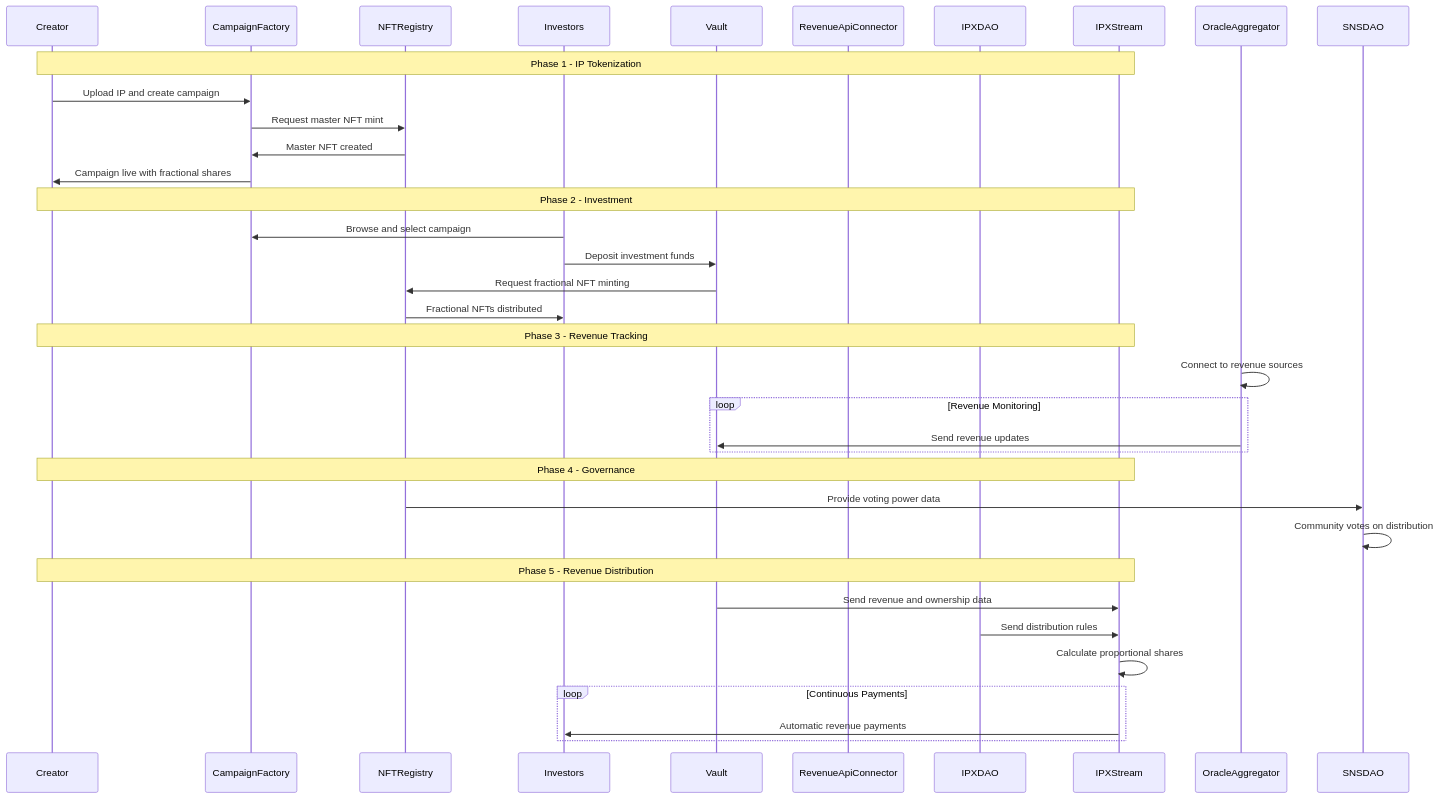
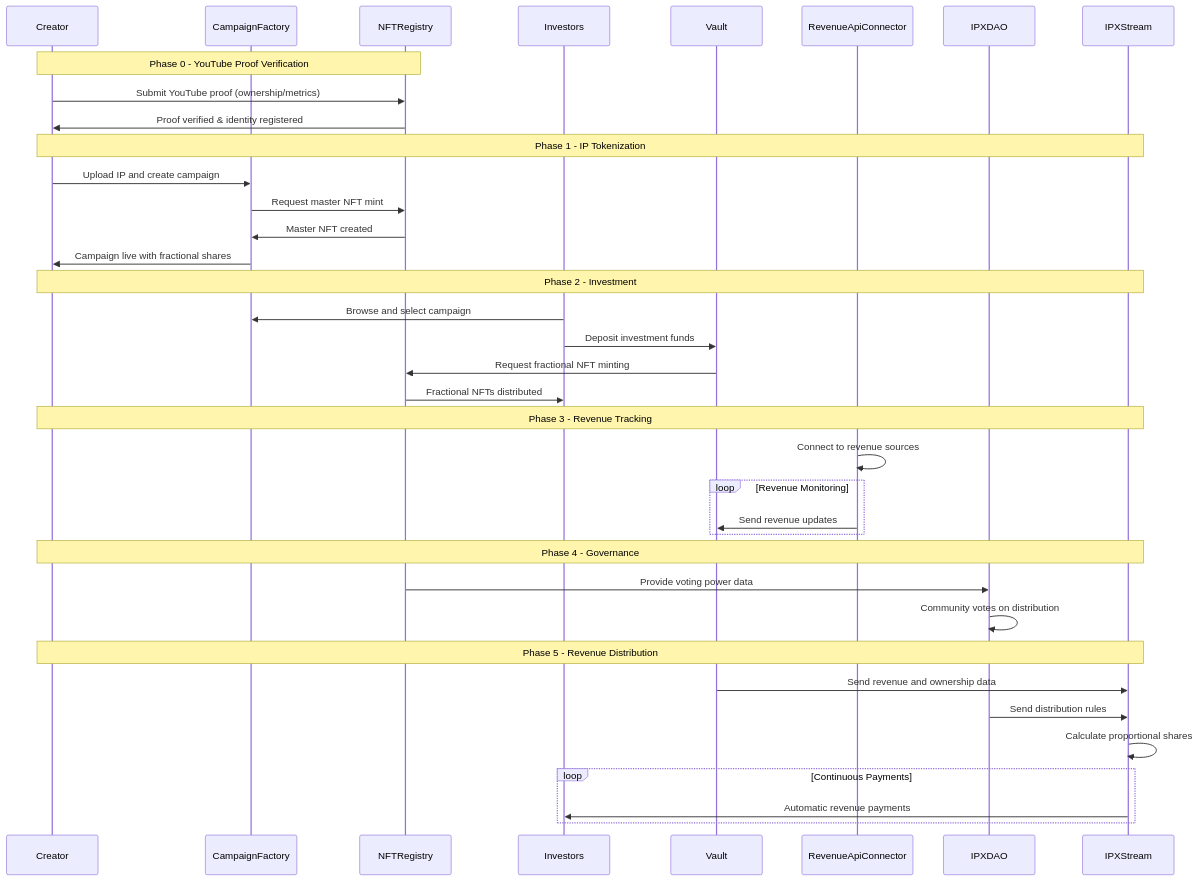
Before and after one commit to Smitbafna/IPX: the second of 2 diagrams in README.md, drawn with Mermaid. The commit also changed other lines of this file and 82 other files, not shown here.

````diff
--- a/README.md
+++ b/README.md
@@ -46,41 +61,45 @@
 ```mermaid
 sequenceDiagram
     participant Creator
     participant CampaignFactory
     participant NFTRegistry
     participant Investors
     participant Vault
     participant RevenueApiConnector
     participant IPXDAO
     participant IPXStream
     
+    Note over Creator,NFTRegistry: Phase 0 - YouTube Proof Verification
+    Creator->>NFTRegistry: Submit YouTube proof (ownership/metrics)
+    NFTRegistry->>Creator: Proof verified & identity registered
+
     Note over Creator,IPXStream: Phase 1 - IP Tokenization
     Creator->>CampaignFactory: Upload IP and create campaign
     CampaignFactory->>NFTRegistry: Request master NFT mint
     NFTRegistry->>CampaignFactory: Master NFT created
     CampaignFactory->>Creator: Campaign live with fractional shares
     
     Note over Creator,IPXStream: Phase 2 - Investment
     Investors->>CampaignFactory: Browse and select campaign
     Investors->>Vault: Deposit investment funds
     Vault->>NFTRegistry: Request fractional NFT minting
     NFTRegistry->>Investors: Fractional NFTs distributed
     
     Note over Creator,IPXStream: Phase 3 - Revenue Tracking
-    OracleAggregator->>OracleAggregator: Connect to revenue sources
+    RevenueApiConnector->>RevenueApiConnector: Connect to revenue sources
     loop Revenue Monitoring
-        OracleAggregator->>Vault: Send revenue updates
+        RevenueApiConnector->>Vault: Send revenue updates
     end
     
     Note over Creator,IPXStream: Phase 4 - Governance
-    NFTRegistry->>SNSDAO: Provide voting power data
-    SNSDAO->>SNSDAO: Community votes on distribution
+    NFTRegistry->>IPXDAO: Provide voting power data
+    IPXDAO->>IPXDAO: Community votes on distribution
     
     Note over Creator,IPXStream: Phase 5 - Revenue Distribution
     Vault->>IPXStream: Send revenue and ownership data
     IPXDAO->>IPXStream: Send distribution rules
     IPXStream->>IPXStream: Calculate proportional shares
     loop Continuous Payments
         IPXStream->>Investors: Automatic revenue payments
     end
 ```
````
